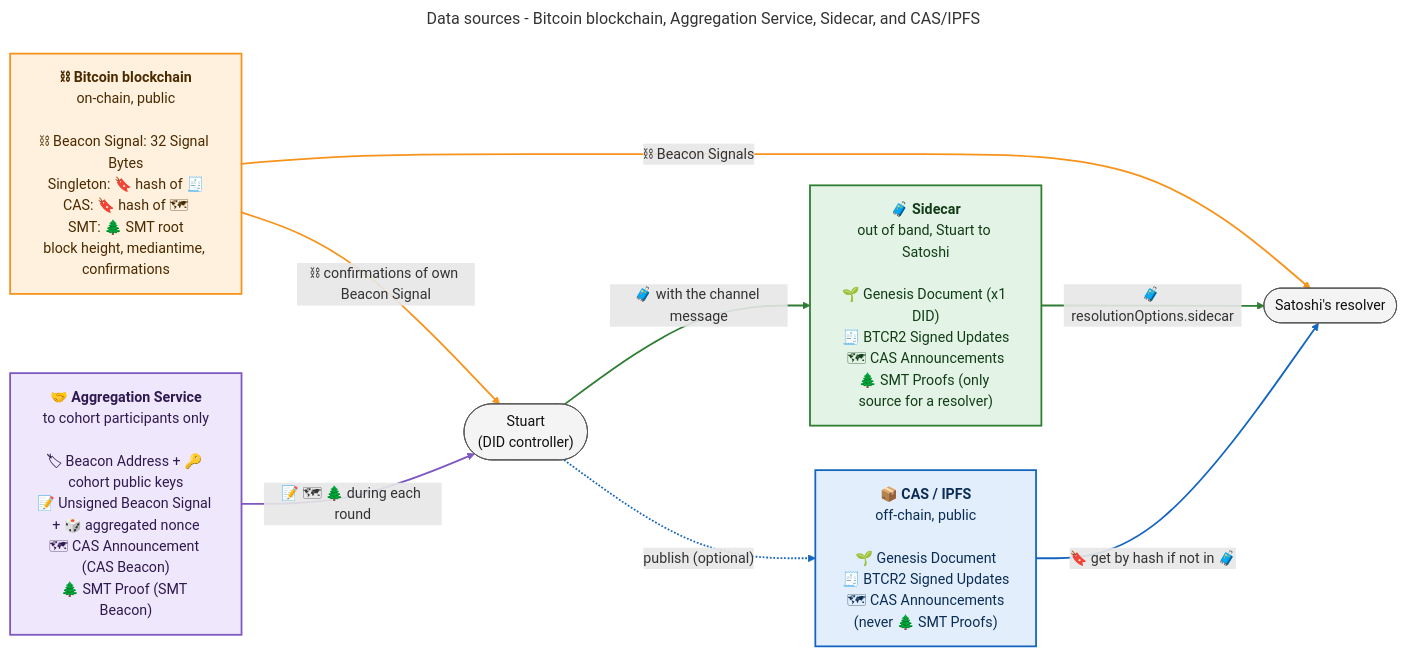
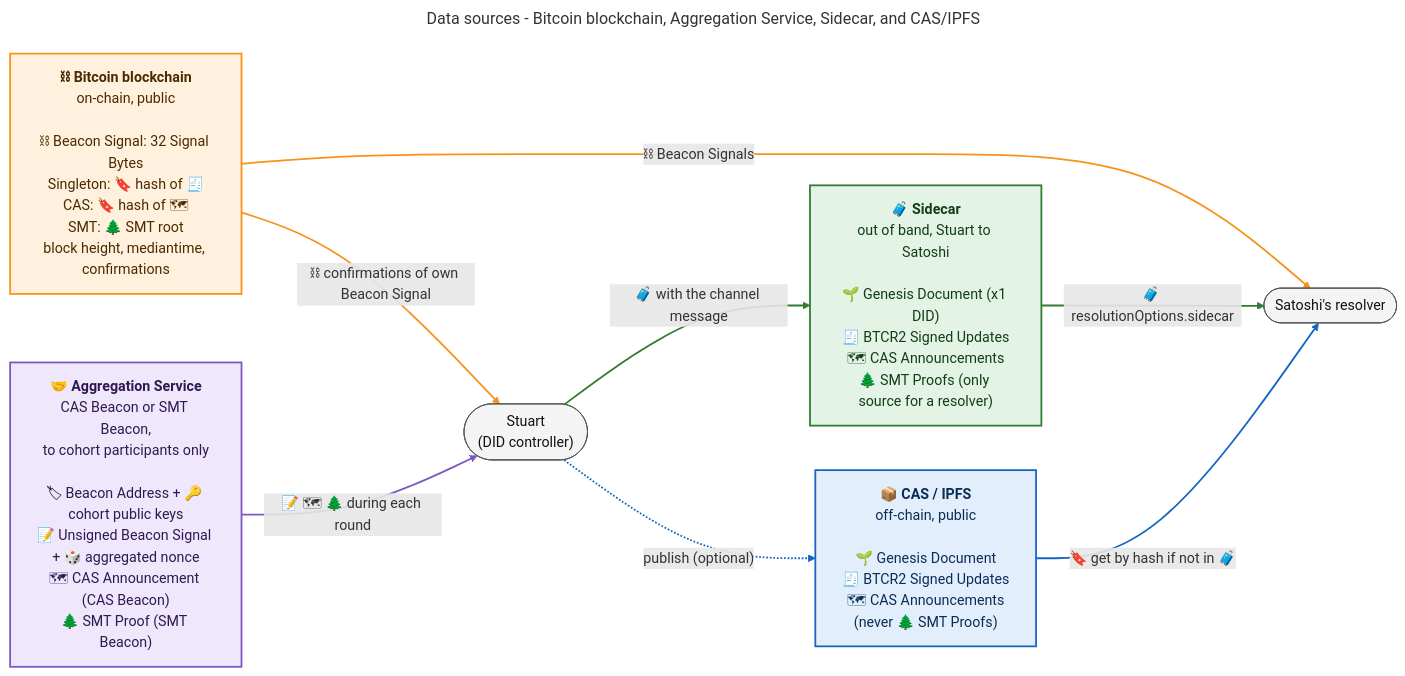
The diagram in public/diagrams/stuart-meets-satoshi/data-sources.mmd (dcdpr/website-btcr2-dev), drawn with Mermaid before and after one commit. The commit also changed 7 other files, not shown here.

First line of the commit message:
docs(diagrams): add the use case architecture, first contact, and data flow

```diff
--- a/public/diagrams/stuart-meets-satoshi/data-sources.mmd
+++ b/public/diagrams/stuart-meets-satoshi/data-sources.mmd
@@ -1,37 +1,37 @@
 ---
 title: "Data sources - Bitcoin blockchain, Aggregation Service, Sidecar, and CAS/IPFS"
 ---
 
 %% Each color is one data source. The icons are the same as in data-movement.mmd.
 %% Arrows show who gets the data from each source.
 
 flowchart LR
     classDef chain fill:#fff1dd,stroke:#f7931a,stroke-width:2px,color:#4a2a00
     classDef agg fill:#efe7fb,stroke:#7e57c2,stroke-width:2px,color:#2e1a4f
     classDef sidecar fill:#e3f4e6,stroke:#2e7d32,stroke-width:2px,color:#123d17
     classDef cas fill:#e2eefb,stroke:#1565c0,stroke-width:2px,color:#0b2d55
     classDef actor fill:#f4f4f4,stroke:#555555,color:#111111
 
     Chain["<b>⛓ Bitcoin blockchain</b><br/>on-chain, public<br/><br/>⛓ Beacon Signal: 32 Signal Bytes<br/>Singleton: 🔖 hash of 🧾<br/>CAS: 🔖 hash of 🗺<br/>SMT: 🌲 SMT root<br/>block height, mediantime, confirmations"]:::chain
 
-    Agg["<b>🤝 Aggregation Service</b><br/>to cohort participants only<br/><br/>🏷 Beacon Address + 🔑 cohort public keys<br/>📝 Unsigned Beacon Signal + 🎲 aggregated nonce<br/>🗺 CAS Announcement (CAS Beacon)<br/>🌲 SMT Proof (SMT Beacon)"]:::agg
+    Agg["<b>🤝 Aggregation Service</b><br/>CAS Beacon or SMT Beacon,<br/>to cohort participants only<br/><br/>🏷 Beacon Address + 🔑 cohort public keys<br/>📝 Unsigned Beacon Signal + 🎲 aggregated nonce<br/>🗺 CAS Announcement (CAS Beacon)<br/>🌲 SMT Proof (SMT Beacon)"]:::agg
 
     Sidecar["<b>🧳 Sidecar</b><br/>out of band, Stuart to Satoshi<br/><br/>🌱 Genesis Document (x1 DID)<br/>🧾 BTCR2 Signed Updates<br/>🗺 CAS Announcements<br/>🌲 SMT Proofs (only source for a resolver)"]:::sidecar
 
     CAS["<b>📦 CAS / IPFS</b><br/>off-chain, public<br/><br/>🌱 Genesis Document<br/>🧾 BTCR2 Signed Updates<br/>🗺 CAS Announcements<br/>(never 🌲 SMT Proofs)"]:::cas
 
     Stu(["Stuart<br/>(DID controller)"]):::actor
     Res(["Satoshi's resolver"]):::actor
 
     Chain -->|"⛓ confirmations of own Beacon Signal"| Stu
     Agg -->|"📝 🗺 🌲 during each round"| Stu
     Stu -->|"🧳 with the channel message"| Sidecar
     Stu -.->|"publish (optional)"| CAS
     Chain -->|"⛓ Beacon Signals"| Res
     Sidecar -->|"🧳 resolutionOptions.sidecar"| Res
     CAS -->|"🔖 get by hash if not in 🧳"| Res
 
     linkStyle 0,4 stroke:#f7931a,stroke-width:2px
     linkStyle 1 stroke:#7e57c2,stroke-width:2px
     linkStyle 2,5 stroke:#2e7d32,stroke-width:2px
     linkStyle 3,6 stroke:#1565c0,stroke-width:2px
```
